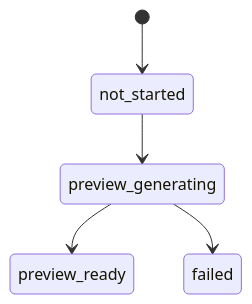
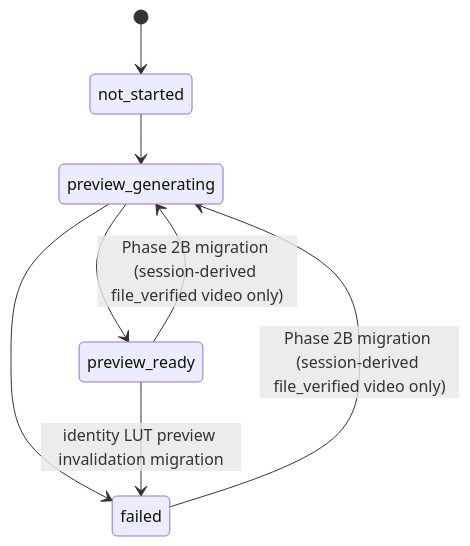
One commit to oyabu-koji/nas_mini changed the fourth of 7 diagrams in docs/functional-design.md. Above: the diagram before and after it, drawn with Mermaid. The commit also changed other lines of this file and 134 other files, not shown here.

Commit message:
feat: add resumable upload and update Apple Log roadmap

````diff
--- a/docs/functional-design.md
+++ b/docs/functional-design.md
@@ -178,7 +196,10 @@
 ```mermaid
 stateDiagram-v2
     [*] --> not_started
     not_started --> preview_generating
     preview_generating --> preview_ready
     preview_generating --> failed
+    preview_ready --> failed: identity LUT preview invalidation migration
+    preview_ready --> preview_generating: Phase 2B migration (session-derived file_verified video only)
+    failed --> preview_generating: Phase 2B migration (session-derived file_verified video only)
 ```
````
